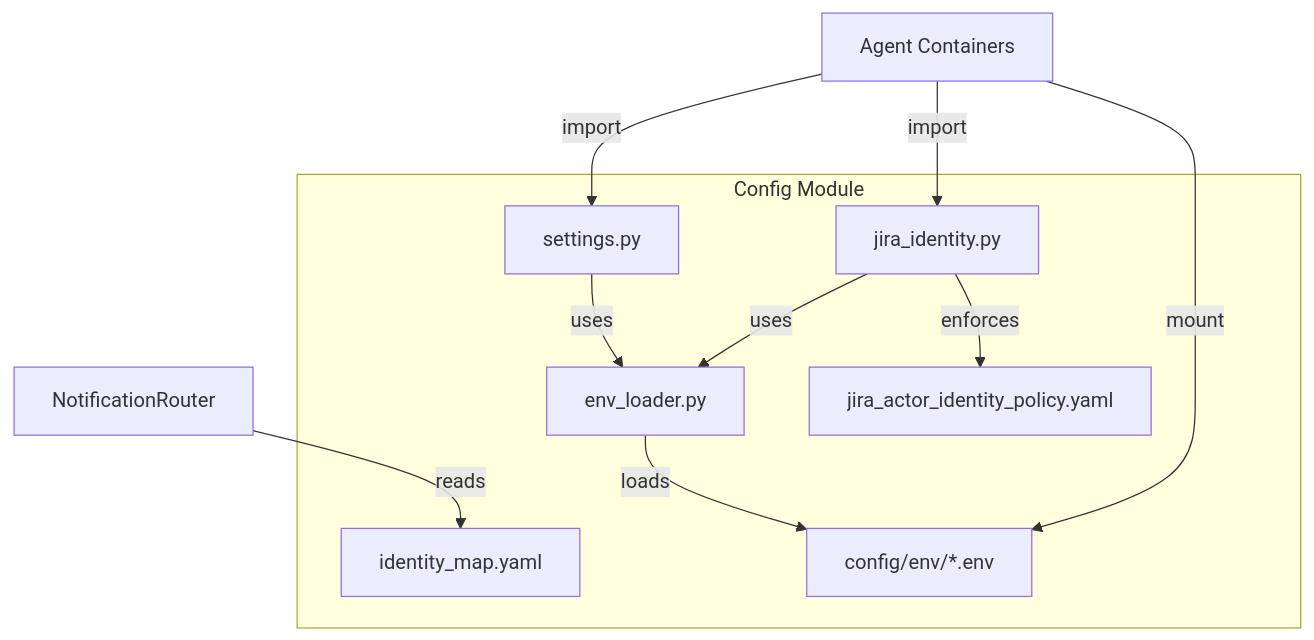
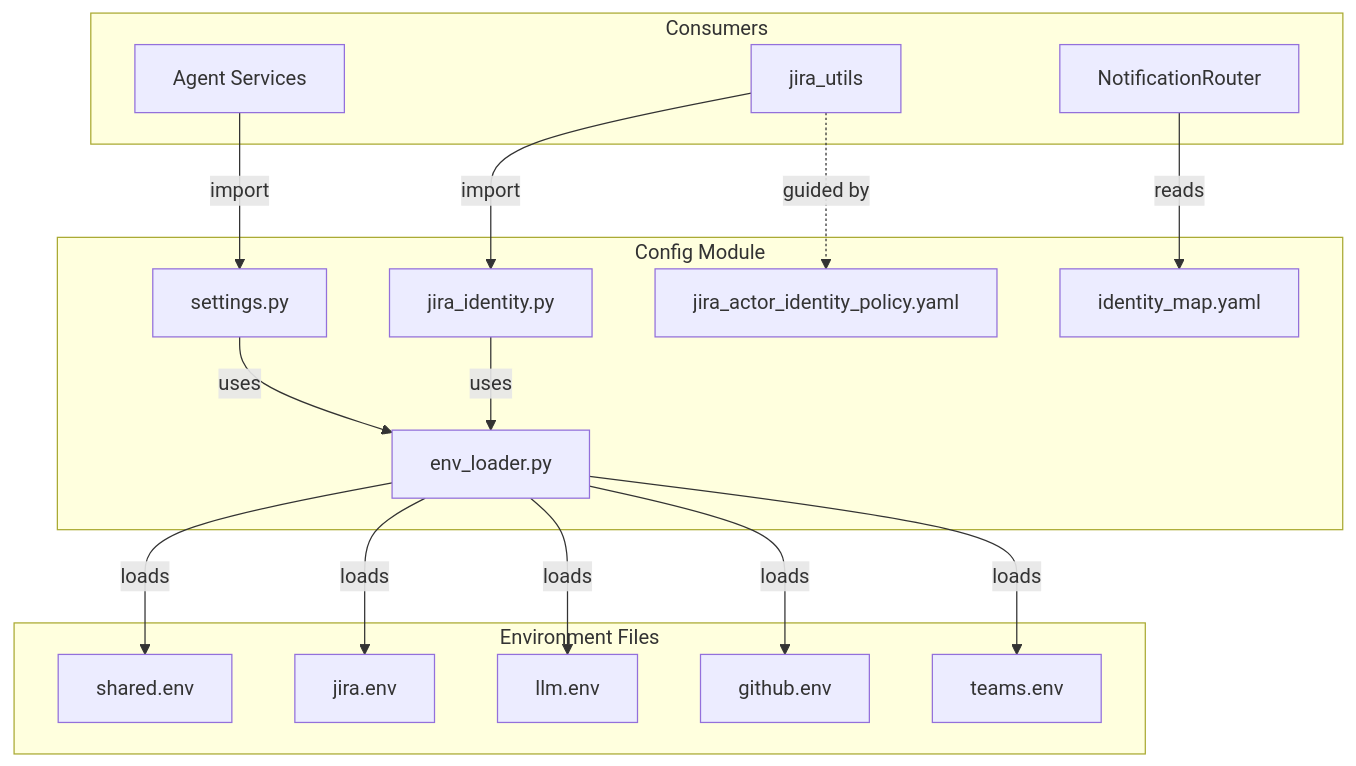
Before and after one commit to jmac-cornelis/agent-workforce: the first of 4 diagrams in docs/config.md, drawn with Mermaid. The commit also changed other lines of this file and 7 other files, not shown here.

````diff
--- a/docs/config.md
+++ b/docs/config.md
@@ -25,21 +25,39 @@
 ```mermaid
 graph TB
     subgraph "Config Module"
         EnvLoader[env_loader.py]
         Settings[settings.py]
         JiraIdentity[jira_identity.py]
         IdentityMap[identity_map.yaml]
-        JiraActorPolicy[jira_actor_identity_policy.yaml]
-        EnvFiles[config/env/*.env]
+        ActorPolicy[jira_actor_identity_policy.yaml]
     end
     
-    EnvLoader -->|loads| EnvFiles
+    subgraph "Environment Files"
+        SharedEnv[shared.env]
+        JiraEnv[jira.env]
+        LLMEnv[llm.env]
+        GitHubEnv[github.env]
+        TeamsEnv[teams.env]
+    end
+    
+    subgraph "Consumers"
+        Agents[Agent Services]
+        JiraUtils[jira_utils]
+        NotificationRouter[NotificationRouter]
+    end
+    
+    EnvLoader -->|loads| SharedEnv
+    EnvLoader -->|loads| JiraEnv
+    EnvLoader -->|loads| LLMEnv
+    EnvLoader -->|loads| GitHubEnv
+    EnvLoader -->|loads| TeamsEnv
+    
     Settings -->|uses| EnvLoader
     JiraIdentity -->|uses| EnvLoader
-    JiraIdentity -->|enforces| JiraActorPolicy
     
-    Agents[Agent Containers] -->|mount| EnvFiles
     Agents -->|import| Settings
-    Agents -->|import| JiraIdentity
-    NotificationRouter[NotificationRouter] -->|reads| IdentityMap
+    JiraUtils -->|import| JiraIdentity
+    NotificationRouter -->|reads| IdentityMap
+    
+    JiraUtils -.->|guided by| ActorPolicy
 ```
````
